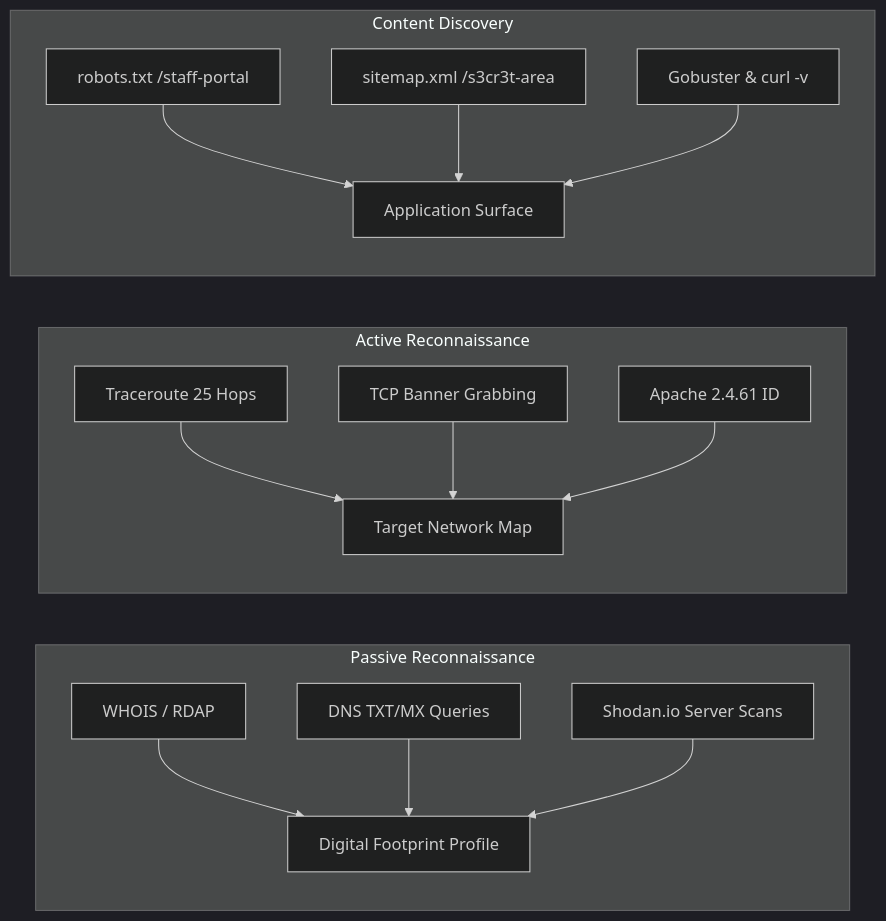
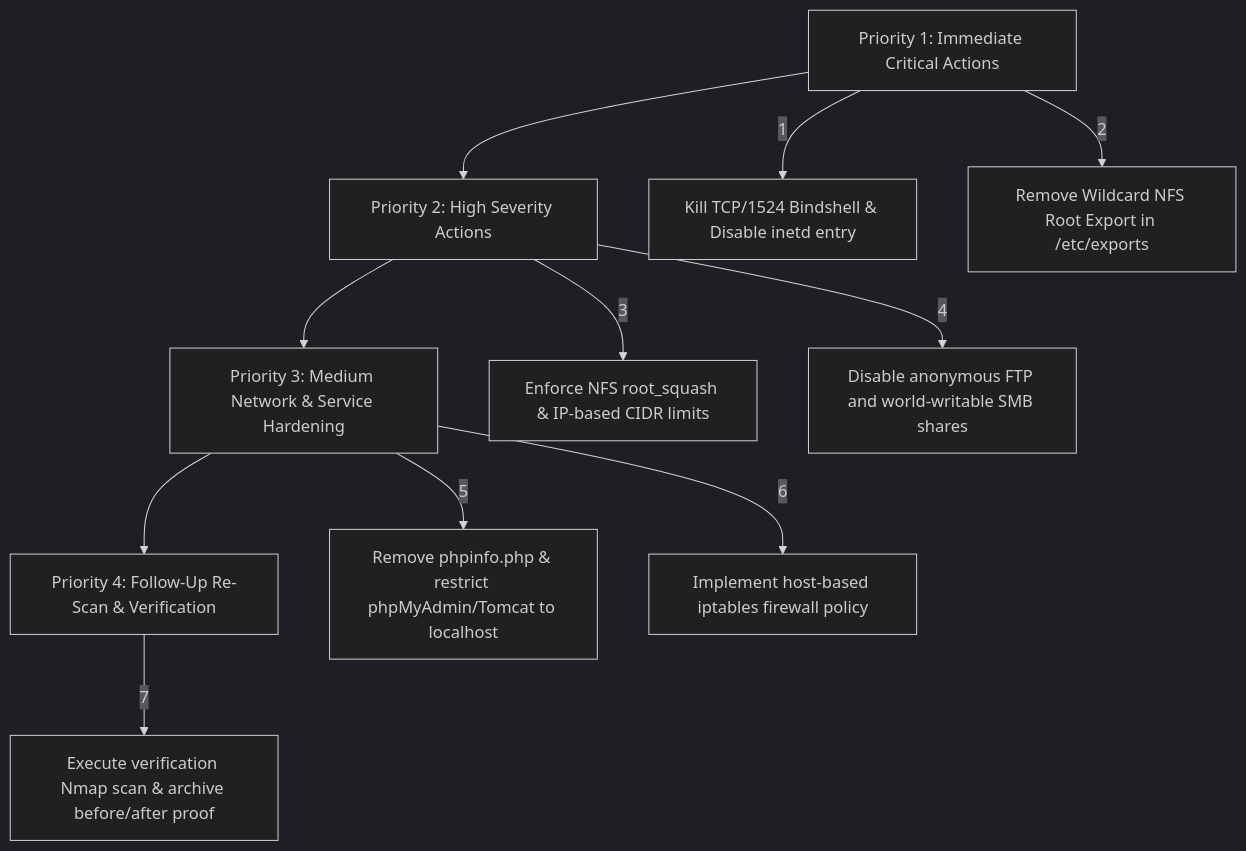
The fourth of 4 diagrams in README.md (kaustubhbangar5-dotcom/IqraSec-Internship-WAPT), drawn with Mermaid (dark theme) before and after one commit. The commit also changed other lines of this file and 54 other files, not shown here.

````diff
--- a/README.md
+++ b/README.md
@@ -150,20 +443,17 @@
 ```mermaid
-graph LR
-    subgraph Passive Reconnaissance
-        A1[WHOIS / RDAP] --> A4[Digital Footprint Profile]
-        A2[DNS TXT/MX Queries] --> A4
-        A3[Shodan.io Server Scans] --> A4
-    end
+graph TD
+    P1[Priority 1: Immediate Critical Actions] --> P2[Priority 2: High Severity Actions]
+    P2 --> P3[Priority 3: Medium Network & Service Hardening]
+    P3 --> P4[Priority 4: Follow-Up Re-Scan & Verification]
 
-    subgraph Active Reconnaissance
-        B1[Traceroute 25 Hops] --> B4[Target Network Map]
-        B2[TCP Banner Grabbing] --> B4
-        B3[Apache 2.4.61 ID] --> B4
-    end
+    P1 -->|1| A1[Kill TCP/1524 Bindshell & Disable inetd entry]
+    P1 -->|2| A2[Remove Wildcard NFS Root Export in /etc/exports]
 
-    subgraph Content Discovery
-        C1[robots.txt /staff-portal] --> C4[Application Surface]
-        C2[sitemap.xml /s3cr3t-area] --> C4
-        C3[Gobuster & curl -v] --> C4
-    end
+    P2 -->|3| B1[Enforce NFS root_squash & IP-based CIDR limits]
+    P2 -->|4| B2[Disable anonymous FTP and world-writable SMB shares]
+
+    P3 -->|5| C1[Remove phpinfo.php & restrict phpMyAdmin/Tomcat to localhost]
+    P3 -->|6| C2[Implement host-based iptables firewall policy]
+
+    P4 -->|7| D1[Execute verification Nmap scan & archive before/after proof]
 ```
````
